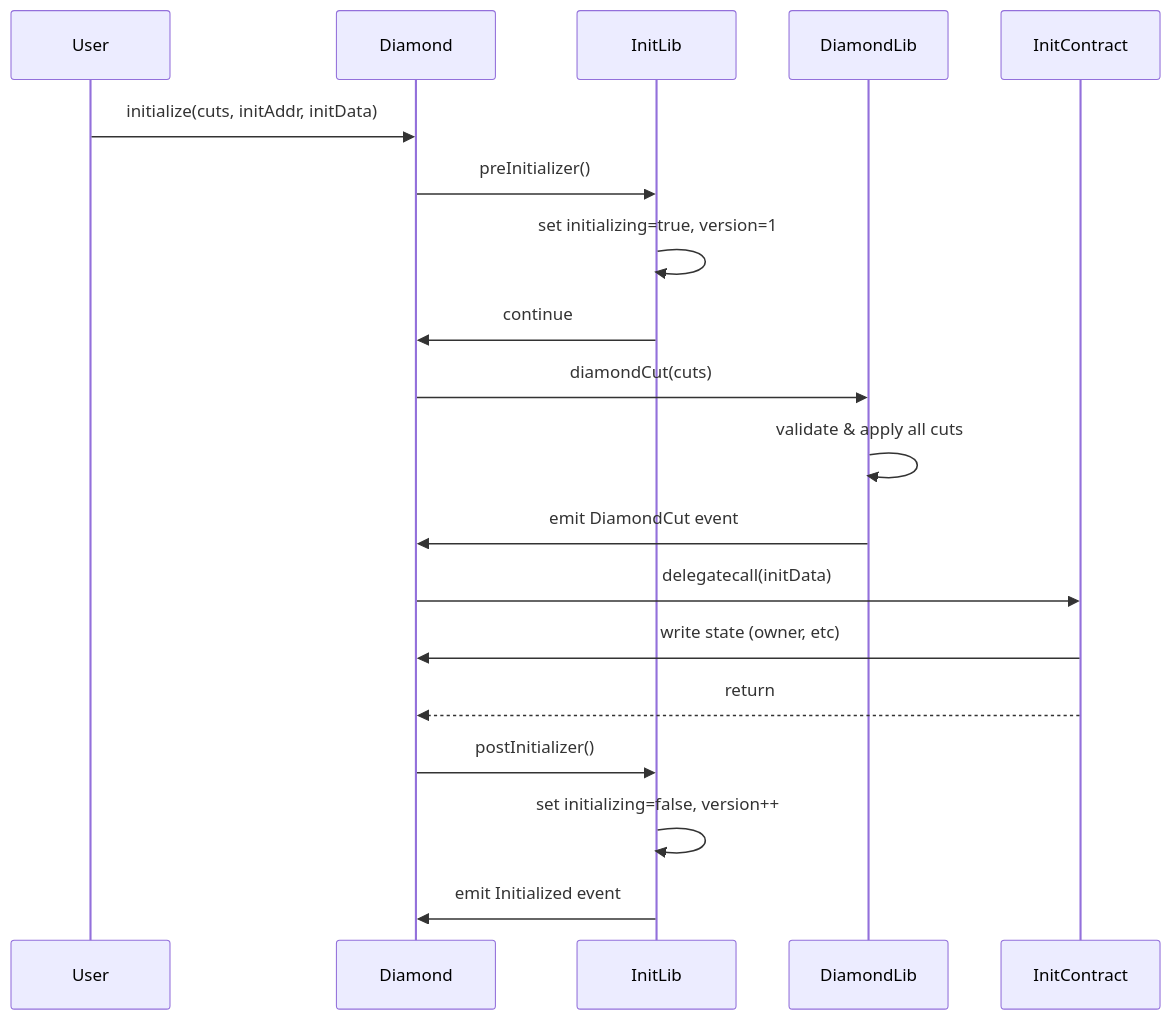
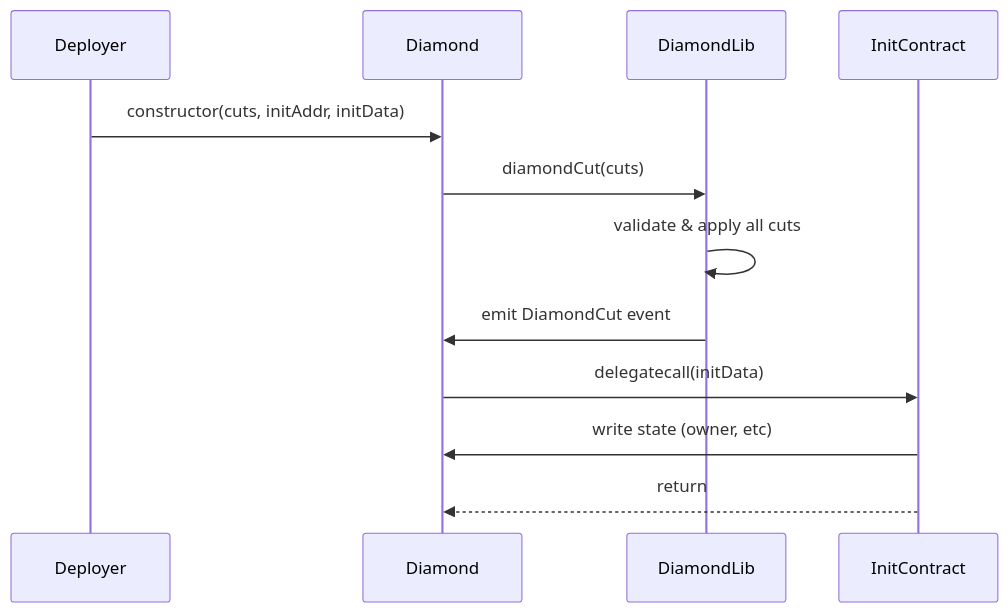
Before and after one commit to dadadave80/diamond-lib: the fourth of 6 diagrams in SPECIFICATION.md, drawn with Mermaid. The commit also changed other lines of this file and 11 other files, not shown here.

````diff
--- a/SPECIFICATION.md
+++ b/SPECIFICATION.md
@@ -303,25 +279,16 @@
 ```mermaid
 sequenceDiagram
-    participant User
+    participant Deployer
     participant Diamond
-    participant InitLib
     participant DiamondLib
     participant InitContract
     
-    User->>Diamond: initialize(cuts, initAddr, initData)
-    Diamond->>InitLib: preInitializer()
-    InitLib->>InitLib: set initializing=true, version=1
-    InitLib->>Diamond: continue
-    
+    Deployer->>Diamond: constructor(cuts, initAddr, initData)
     Diamond->>DiamondLib: diamondCut(cuts)
     DiamondLib->>DiamondLib: validate & apply all cuts
     DiamondLib->>Diamond: emit DiamondCut event
     
     Diamond->>InitContract: delegatecall(initData)
     InitContract->>Diamond: write state (owner, etc)
     InitContract-->>Diamond: return
-    
-    Diamond->>InitLib: postInitializer()
-    InitLib->>InitLib: set initializing=false, version++
-    InitLib->>Diamond: emit Initialized event
 ```
````
